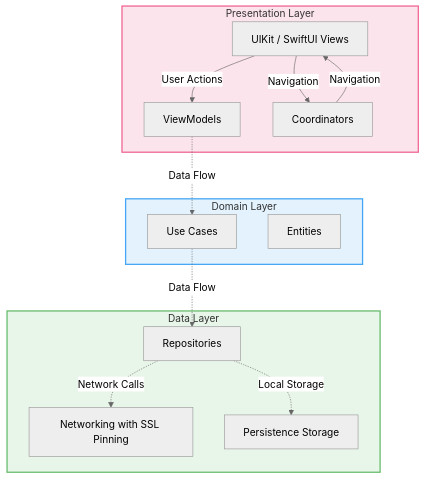
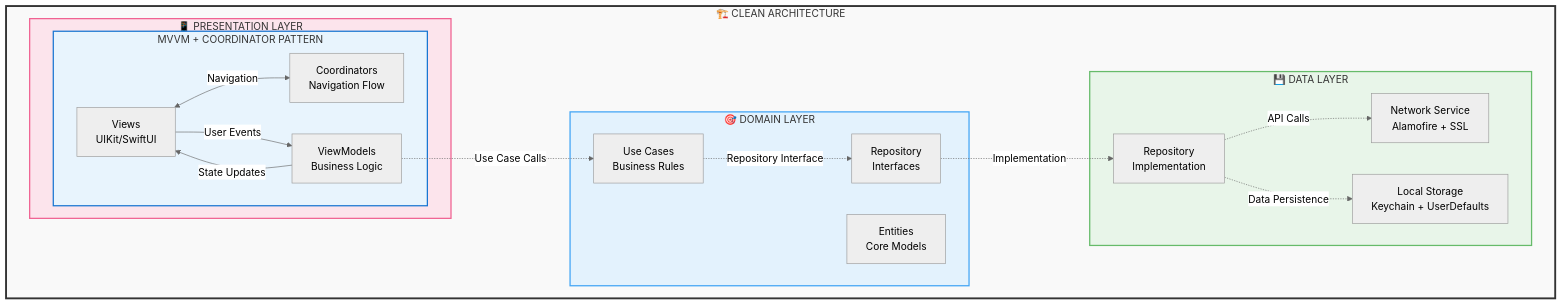
Before and after one commit to rahnsoft/CoinRankingiOSApp: the first of 3 diagrams in README.md, drawn with Mermaid (neutral theme). The commit also changed other lines of this file, not shown here.

````diff
--- a/README.md
+++ b/README.md
@@ -136,31 +232,43 @@
 ```mermaid
 flowchart TB
-    subgraph Presentation[Presentation Layer]
-        UI[UIKit / SwiftUI Views]
-        VM[ViewModels]
-        C[Coordinators]
+    subgraph Clean["🏗️ CLEAN ARCHITECTURE"]
+        subgraph Presentation["📱 PRESENTATION LAYER"]
+            subgraph MVVMC["MVVM + COORDINATOR PATTERN"]
+                V[Views<br/>UIKit/SwiftUI]
+                VM[ViewModels<br/>Business Logic]
+                C[Coordinators<br/>Navigation Flow]
+            end
+        end
+        
+        subgraph Domain["🎯 DOMAIN LAYER"]
+            UC[Use Cases<br/>Business Rules]
+            E[Entities<br/>Core Models]
+            R_Interface[Repository<br/>Interfaces]
+        end
+        
+        subgraph Data["💾 DATA LAYER"]
+            R_Impl[Repository<br/>Implementation]
+            API[Network Service<br/>Alamofire + SSL]
+            Storage[Local Storage<br/>Keychain + UserDefaults]
+        end
     end
     
-    subgraph Domain[Domain Layer]
-        UC[Use Cases]
-        E[Entities]
-    end
+    %% MVVM+C Flow
+    V <-->|Navigation| C
+    V -->|User Events| VM
+    VM -->|State Updates| V
     
-    subgraph Data[Data Layer]
-        R[Repositories]
-        API[Networking with SSL Pinning]
-        DB[Persistence Storage]
-    end
+    %% Clean Architecture Flow
+    VM -.->|Use Case Calls| UC
+    UC -.->|Repository Interface| R_Interface
+    R_Interface -.->|Implementation| R_Impl
+    R_Impl -.->|API Calls| API
+    R_Impl -.->|Data Persistence| Storage
     
-    UI -->|Navigation| C
-    C -->|Navigation| UI
-    UI -->|User Actions| VM
-    VM -.->|Data Flow| UC
-    UC -.->|Data Flow| R
-    R -.->|Network Calls| API
-    R -.->|Local Storage| DB
-    
+    %% Styling
+    style Clean fill:#f9f9f9,stroke:#333,stroke-width:3px
+    style MVVMC fill:#e8f4fd,stroke:#1976d2,stroke-width:2px
     style Presentation fill:#fce4ec,stroke:#f06292,stroke-width:2px
     style Domain fill:#e3f2fd,stroke:#42a5f5,stroke-width:2px
     style Data fill:#e8f5e9,stroke:#66bb6a,stroke-width:2px
 ```
````
